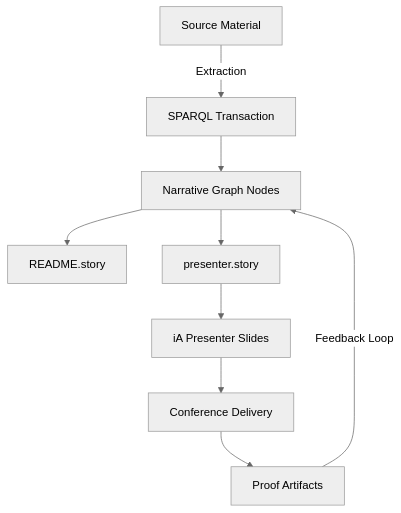
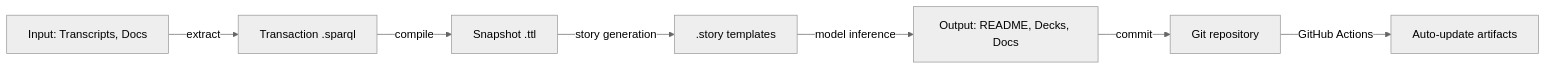
One commit to Synthetic-Identity-Co/conj-talk-2025 changed the diagram in README.md. Above: the diagram before and after it, drawn with Mermaid (neutral theme). The commit also changed other lines of this file, not shown here.

Commit message:
story:  320fb1a22f70dd72e1cb24788a59e9ed29729e0f

````diff
--- a/README.md
+++ b/README.md
@@ -63,11 +69,9 @@
 ```mermaid
-graph TD
-    A[Source Material] -->|Extraction| B[SPARQL Transaction]
-    B --> C[Narrative Graph Nodes]
-    C --> D[README.story]
-    C --> E[presenter.story]
-    E --> F[iA Presenter Slides]
-    F --> G[Conference Delivery]
-    G --> H[Proof Artifacts]
-    H -->|Feedback Loop| C
+graph LR
+    A[Input: Transcripts, Docs] -->|extract| B[Transaction .sparql]
+    B -->|compile| C[Snapshot .ttl]
+    C -->|story generation| D[.story templates]
+    D -->|model inference| E[Output: README, Decks, Docs]
+    E -->|commit| F[Git repository]
+    F -->|GitHub Actions| G[Auto-update artifacts]
 ```
````
